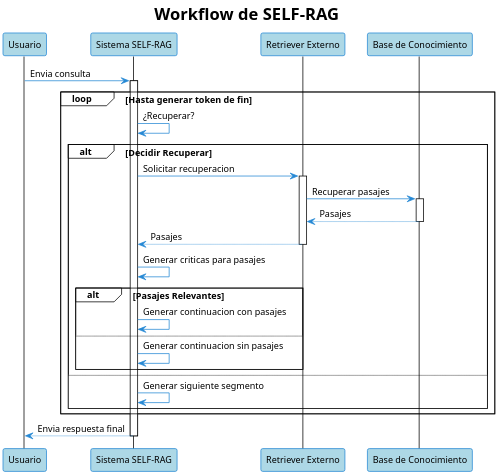
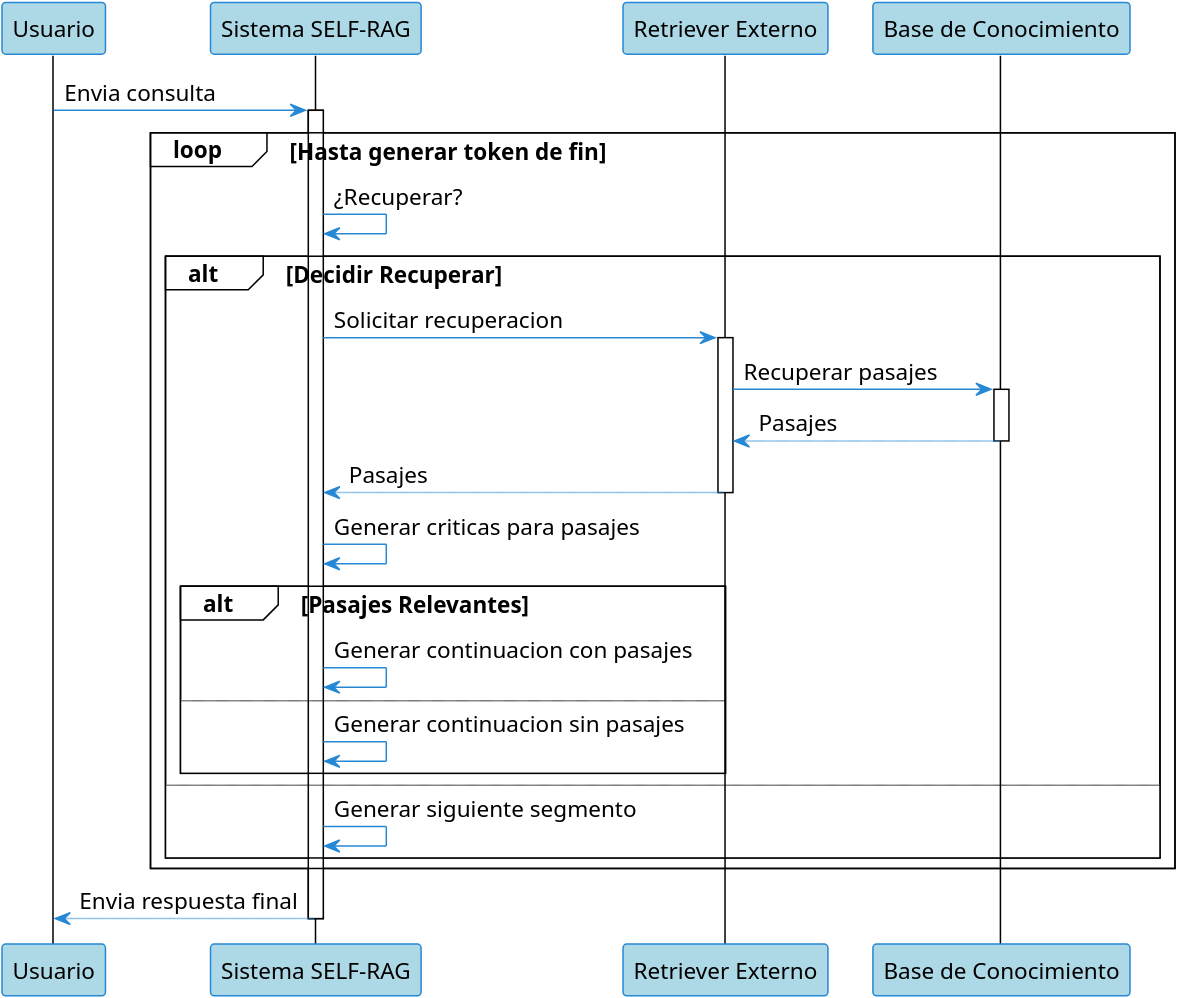
The diagram in diagrams/self_rag.puml (carloss4dv/langagent), drawn with PlantUML before and after one commit. The commit also changed 68 other files, not shown here.

```diff
--- a/diagrams/self_rag.puml
+++ b/diagrams/self_rag.puml
@@ -1,58 +1,57 @@
-@startuml "Workflow de SELF-RAG"
+@startuml 
 ' Mejora la legibilidad y la calidad de la imagen para documentos.
 !theme plain
 skinparam {
-    dpi 300
+    dpi 600
     shadowing false
     backgroundColor transparent
     defaultFontName "Arial"
-    defaultFontSize 12
+    defaultFontSize 15
 
     sequence {
         participantBorderColor #2688d4
         participantBackgroundColor #add8e6
         actorBorderColor #2688d4
         actorBackgroundColor #ffdead
     }
 
     arrow {
         color #2688d4
     }
 }
 
-title Workflow de SELF-RAG
 
 participant "Usuario" as User
 participant "Sistema SELF-RAG" as SELFRAGSystem
 participant "Retriever Externo" as ExternalRetriever
 participant "Base de Conocimiento" as KnowledgeBase
 
 User -> SELFRAGSystem: Envia consulta
 activate SELFRAGSystem
 
 loop Hasta generar token de fin
     SELFRAGSystem -> SELFRAGSystem: ¿Recuperar?
     alt Decidir Recuperar
         SELFRAGSystem -> ExternalRetriever: Solicitar recuperacion
         activate ExternalRetriever
         ExternalRetriever -> KnowledgeBase: Recuperar pasajes
         activate KnowledgeBase
         KnowledgeBase --> ExternalRetriever: Pasajes
         deactivate KnowledgeBase
         ExternalRetriever --> SELFRAGSystem: Pasajes
         deactivate ExternalRetriever
         SELFRAGSystem -> SELFRAGSystem: Generar criticas para pasajes
         alt Pasajes Relevantes
             SELFRAGSystem -> SELFRAGSystem: Generar continuacion con pasajes
         else
             SELFRAGSystem -> SELFRAGSystem: Generar continuacion sin pasajes
         end
     else
         SELFRAGSystem -> SELFRAGSystem: Generar siguiente segmento
     end
 end
 
 SELFRAGSystem --> User: Envia respuesta final
 deactivate SELFRAGSystem
 
 @enduml
```
